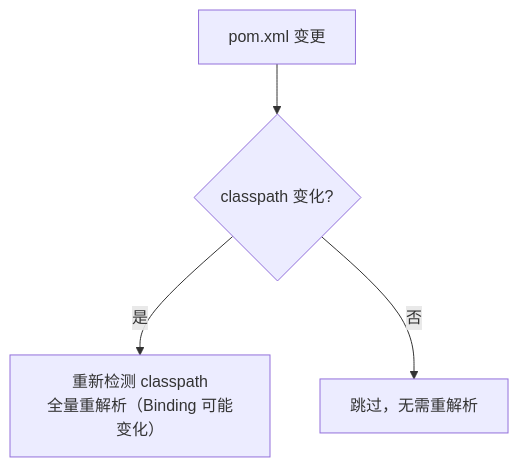
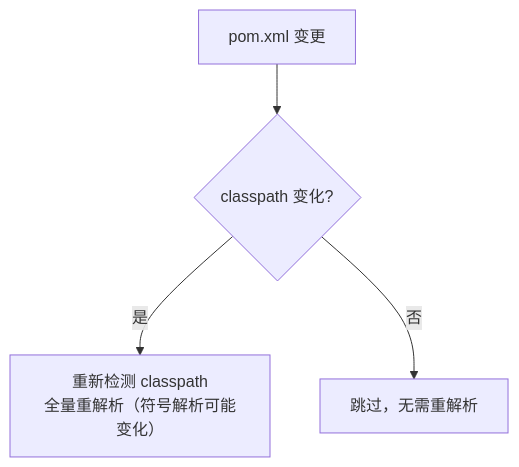
Before and after one commit to stream-iori/anatomist: the fourth of 4 diagrams in docs/scenario-3-watch.md, drawn with Mermaid. The commit also changed other lines of this file and 51 other files, not shown here.

````diff
--- a/docs/scenario-3-watch.md
+++ b/docs/scenario-3-watch.md
@@ -180,6 +180,6 @@
 ```mermaid
 flowchart TD
     EVENT["pom.xml 变更"] --> CP_CHANGE{"classpath 变化?"}
-    CP_CHANGE -->|是| REINDEX["重新检测 classpath<br/>全量重解析（Binding 可能变化）"]
+    CP_CHANGE -->|是| REINDEX["重新检测 classpath<br/>全量重解析（符号解析可能变化）"]
     CP_CHANGE -->|否| SKIP["跳过，无需重解析"]
 ```
````
